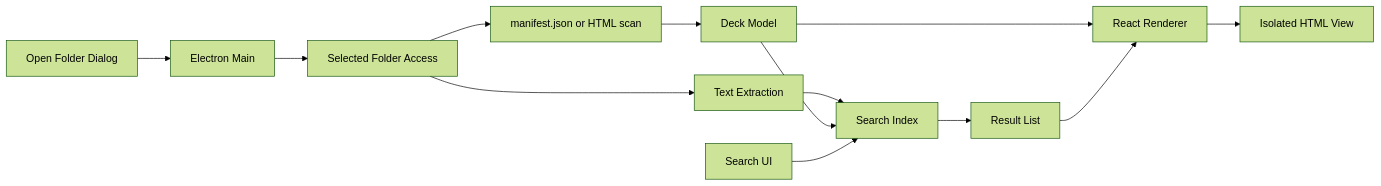
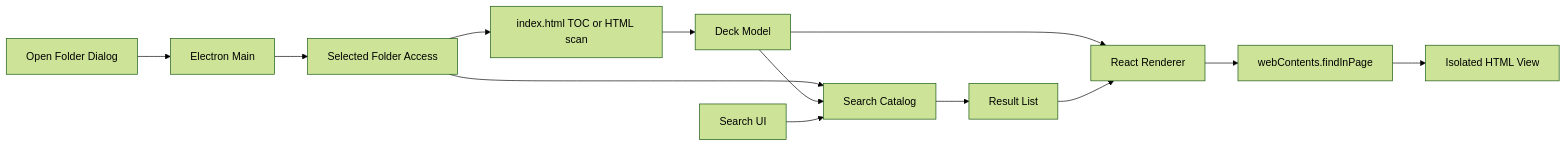
The diagram in PLAN.md (k-s-h-r/html-viewer), drawn with Mermaid (forest theme) before and after one commit. The commit also changed other lines of this file, not shown here.

First line of the commit message:
Update plan with index.html TOC and findInPage search

````diff
--- a/PLAN.md
+++ b/PLAN.md
@@ -26,15 +31,15 @@
 ```mermaid
 flowchart LR
   Dialog["Open Folder Dialog"] --> MainProcess["Electron Main"]
   MainProcess --> FolderAccess["Selected Folder Access"]
-  FolderAccess --> Manifest["manifest.json or HTML scan"]
-  Manifest --> DeckModel["Deck Model"]
-  FolderAccess --> TextExtract["Text Extraction"]
-  TextExtract --> SearchIndex["Search Index"]
-  DeckModel --> SearchIndex["Search Index"]
+  FolderAccess --> TocHtml["index.html TOC or HTML scan"]
+  TocHtml --> DeckModel["Deck Model"]
+  FolderAccess --> SearchCatalog["Search Catalog"]
+  DeckModel --> SearchCatalog
   DeckModel --> Renderer["React Renderer"]
-  SearchBox["Search UI"] --> SearchIndex
-  SearchIndex --> ResultList["Result List"]
+  SearchBox["Search UI"] --> SearchCatalog
+  SearchCatalog --> ResultList["Result List"]
   ResultList --> Renderer
-  Renderer --> Webview["Isolated HTML View"]
+  Renderer --> FindInPage["webContents.findInPage"]
+  FindInPage --> Webview["Isolated HTML View"]
 ```
````
